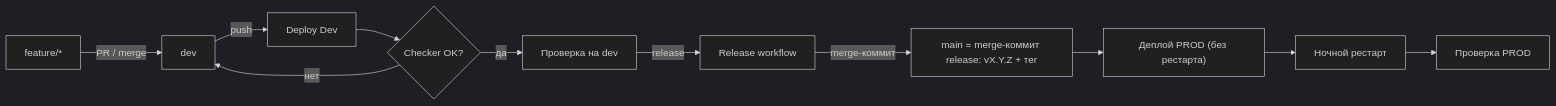
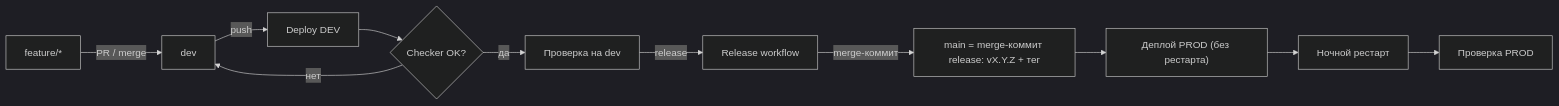
The first of 2 diagrams in README.md (sednith/MinequestServerSource), drawn with Mermaid (dark theme) before and after one commit. The commit also changed other lines of this file and 4 other files, not shown here.

````diff
--- a/README.md
+++ b/README.md
@@ -616,13 +620,13 @@
 ```mermaid
 flowchart LR
     A["feature/*"] -->|"PR / merge"| B["dev"]
-    B -->|"push"| C["Deploy Dev"]
+    B -->|"push"| C["Deploy DEV"]
     C --> D{"Checker OK?"}
     D -->|"нет"| B
     D -->|"да"| E["Проверка на dev"]
     E -->|"release"| F["Release workflow"]
     F -->|"merge-коммит"| G["main = merge-коммит release: vX.Y.Z + тег"]
     G --> H["Деплой PROD (без рестарта)"]
     H --> I["Ночной рестарт"]
     I --> J["Проверка PROD"]
 ```
````
